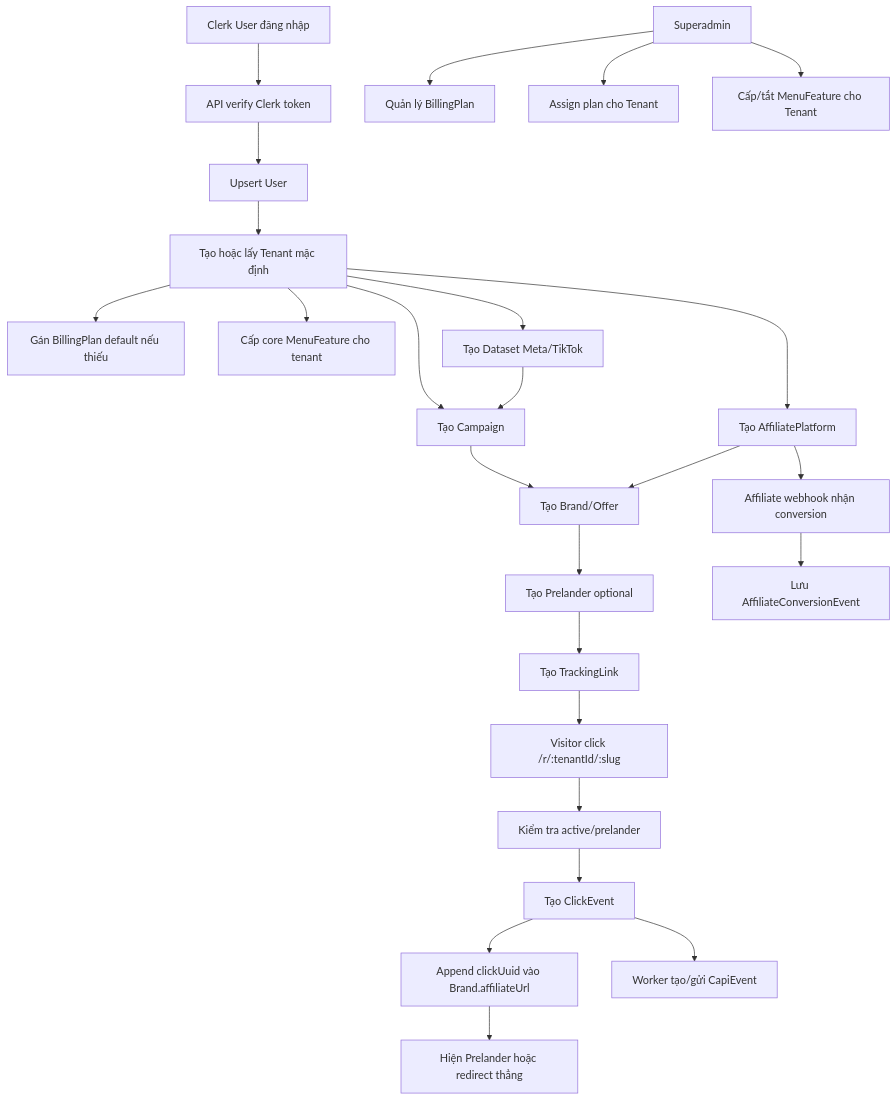
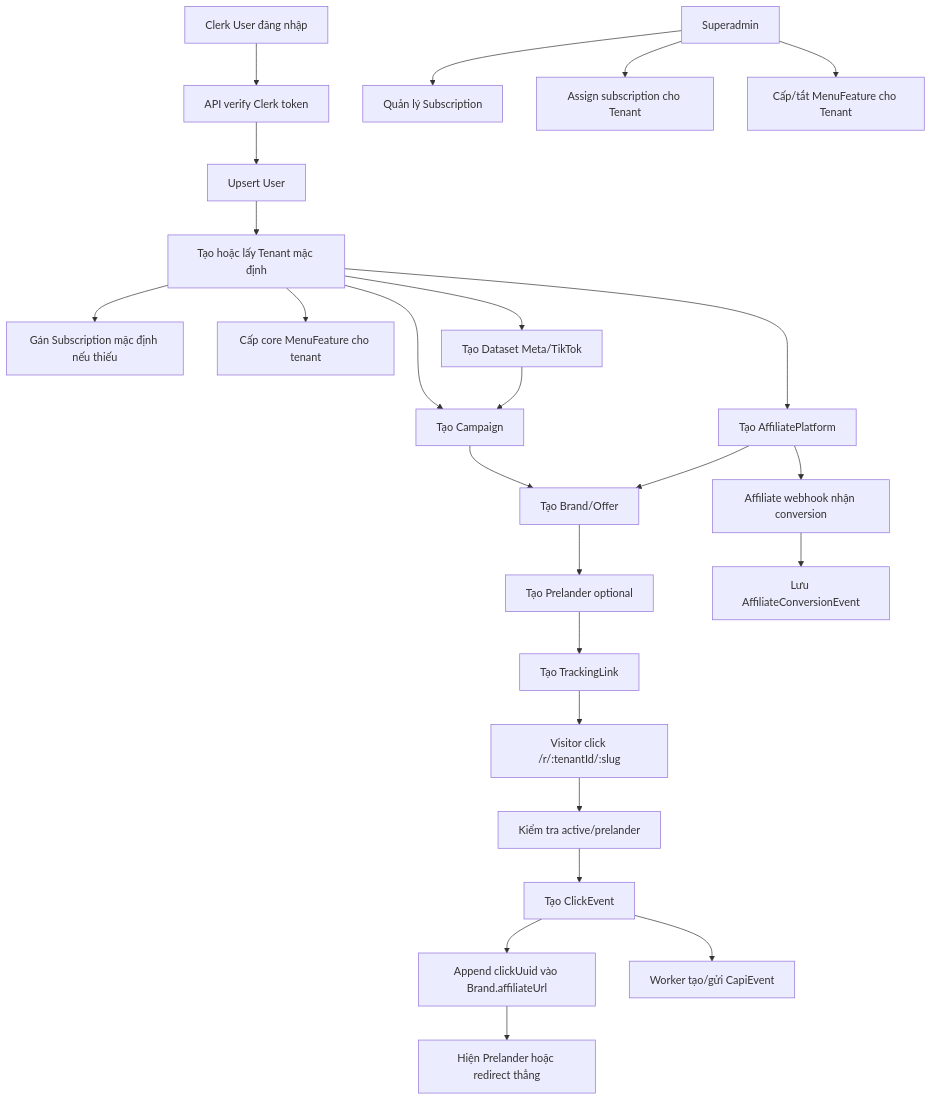
Before and after one commit to hoangsomkt101/tracking-saas-starter: the second of 3 diagrams in context/DATABASE.md, drawn with Mermaid. The commit also changed other lines of this file and 16 other files, not shown here.

````diff
--- a/context/DATABASE.md
+++ b/context/DATABASE.md
@@ -240,30 +240,30 @@
 ```mermaid
 flowchart TD
   A[Clerk User đăng nhập] --> B[API verify Clerk token]
   B --> C[Upsert User]
   C --> D[Tạo hoặc lấy Tenant mặc định]
-  D --> E[Gán BillingPlan default nếu thiếu]
+  D --> E[Gán Subscription mặc định nếu thiếu]
   D --> F[Cấp core MenuFeature cho tenant]
 
   D --> G[Tạo AffiliatePlatform]
   D --> H[Tạo Dataset Meta/TikTok]
   D --> I[Tạo Campaign]
   H --> I
   I --> J[Tạo Brand/Offer]
   G --> J
   J --> K[Tạo Prelander optional]
   K --> L[Tạo TrackingLink]
   L --> M[Visitor click /r/:tenantId/:slug]
   M --> N[Kiểm tra active/prelander]
   N --> O[Tạo ClickEvent]
   O --> P[Append clickUuid vào Brand.affiliateUrl]
   P --> Q[Hiện Prelander hoặc redirect thẳng]
   O --> X[Worker tạo/gửi CapiEvent]
 
   G --> R[Affiliate webhook nhận conversion]
   R --> S[Lưu AffiliateConversionEvent]
 
-  T[Superadmin] --> U[Quản lý BillingPlan]
-  T --> V[Assign plan cho Tenant]
+  T[Superadmin] --> U[Quản lý Subscription]
+  T --> V[Assign subscription cho Tenant]
   T --> W[Cấp/tắt MenuFeature cho Tenant]
 ```
````
